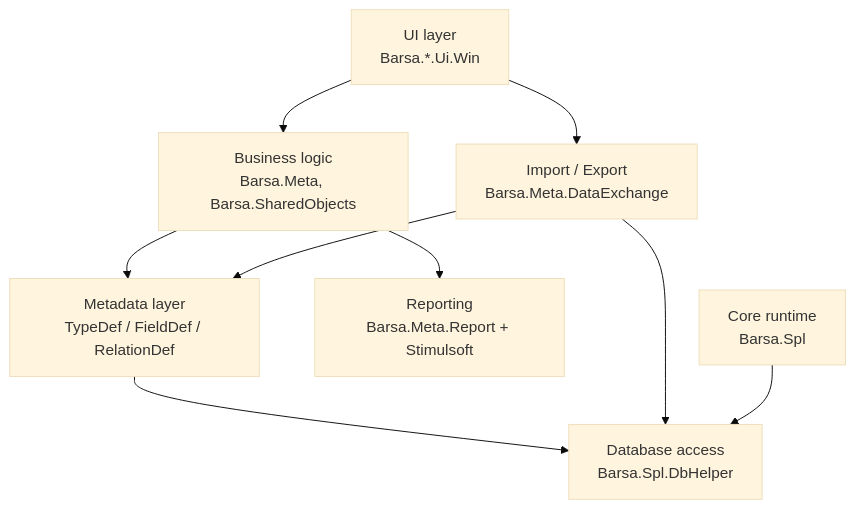
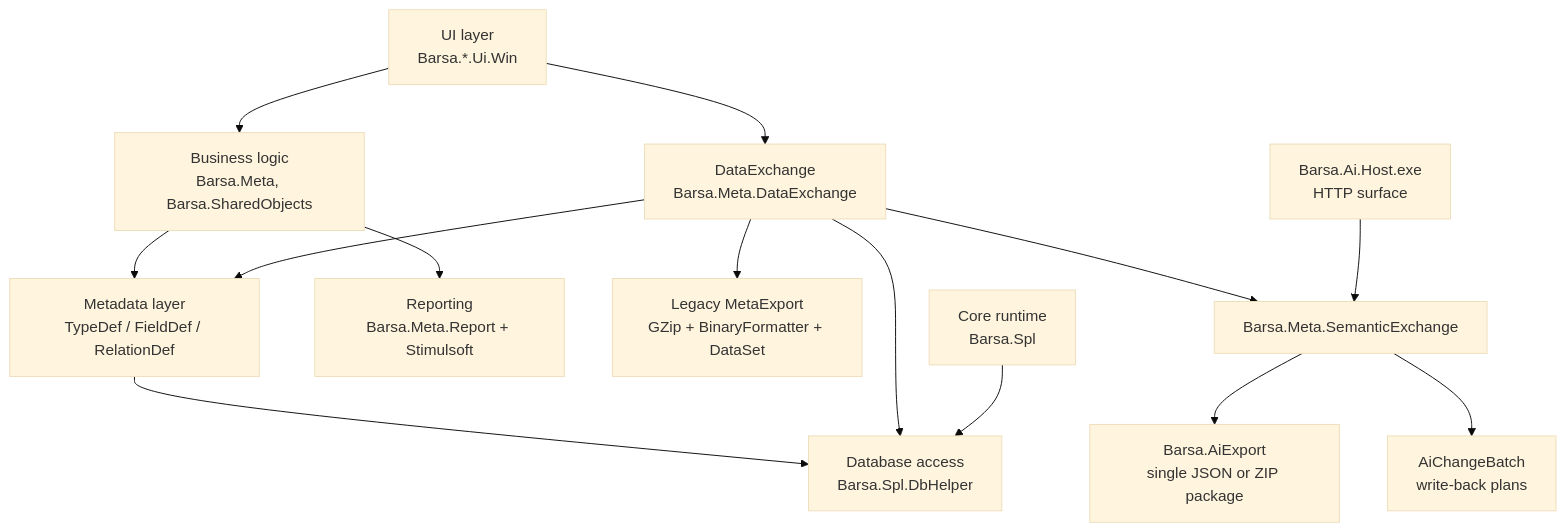
Before and after one commit to Mohammadreza-Mohammadi/Barsa-Knowledge: the diagram in dist/ARCHITECTURE.md, drawn with Mermaid (base theme). The commit also changed other lines of this file and 57 other files, not shown here.

````diff
--- a/dist/ARCHITECTURE.md
+++ b/dist/ARCHITECTURE.md
@@ -10,11 +10,16 @@
 ```mermaid
 graph TD
   UI["UI layer<br/>Barsa.*.Ui.Win"] --> BL["Business logic<br/>Barsa.Meta, Barsa.SharedObjects"]
   BL --> META["Metadata layer<br/>TypeDef / FieldDef / RelationDef"]
   BL --> RPT["Reporting<br/>Barsa.Meta.Report + Stimulsoft"]
   META --> DB["Database access<br/>Barsa.Spl.DbHelper"]
-  DX["Import / Export<br/>Barsa.Meta.DataExchange"] --> META
+  DX["DataExchange<br/>Barsa.Meta.DataExchange"] --> META
   DX --> DB
+  DX --> LEG["Legacy MetaExport<br/>GZip + BinaryFormatter + DataSet"]
+  DX --> SEM["Barsa.Meta.SemanticExchange"]
+  SEM --> AIE["Barsa.AiExport<br/>single JSON or ZIP package"]
+  SEM --> CB["AiChangeBatch<br/>write-back plans"]
+  HOST["Barsa.Ai.Host.exe<br/>HTTP surface"] --> SEM
   CORE["Core runtime<br/>Barsa.Spl"] --> DB
   UI --> DX
 ```
````
